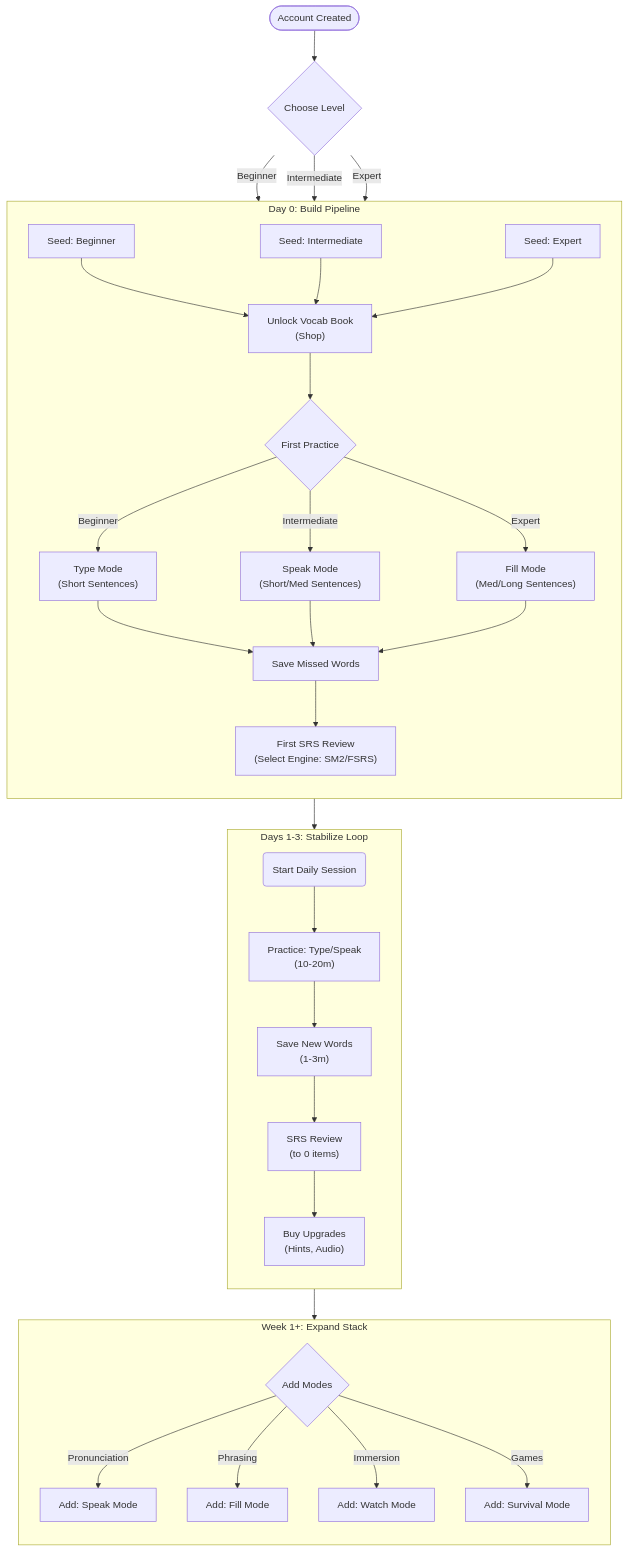
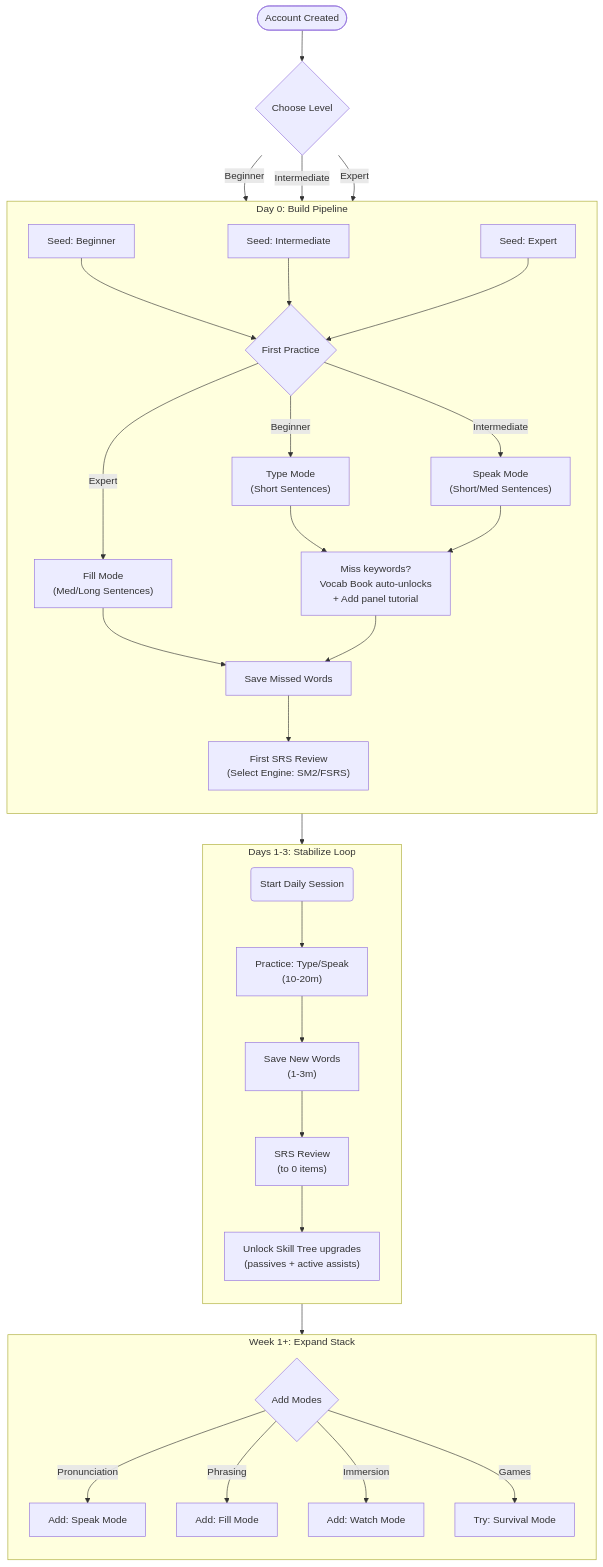
The diagram in docs/specs/new-user-workflow.md (huathanhnam95-del/demoproject), drawn with Mermaid before and after one commit. The commit also changed other lines of this file and 2330 other files, not shown here.

````diff
--- a/docs/specs/new-user-workflow.md
+++ b/docs/specs/new-user-workflow.md
@@ -66,50 +66,49 @@
 ```mermaid
 flowchart TD
     %% 0. Setup Phase
     Start(["Account Created"]) --> Level{"Choose Level"}
     
     Level -->|Beginner| SeedBeg["Seed: Beginner"]
     Level -->|Intermediate| SeedInt["Seed: Intermediate"]
     Level -->|Expert| SeedExp["Seed: Expert"]
 
     %% 1. Day 0: Build Pipeline
     subgraph Day0 ["Day 0: Build Pipeline"]
         direction TB
         
-        %% Convergence on Unlock
-        SeedBeg & SeedInt & SeedExp --> Unlock["Unlock Vocab Book\n(Shop)"]
-        
-        Unlock --> Practice0{"First Practice"}
+        SeedBeg & SeedInt & SeedExp --> Practice0{"First Practice"}
         
         Practice0 -->|Beginner| P_Type["Type Mode\n(Short Sentences)"]
         Practice0 -->|Intermediate| P_Speak["Speak Mode\n(Short/Med Sentences)"]
         Practice0 -->|Expert| P_Fill["Fill Mode\n(Med/Long Sentences)"]
         
-        P_Type & P_Speak & P_Fill --> Save0["Save Missed Words"]
+        P_Type & P_Speak --> AutoUnlock["Miss keywords?\nVocab Book auto-unlocks\n+ Add panel tutorial"]
+        P_Fill --> Save0["Save Missed Words (optional)"]
+        AutoUnlock --> Save0["Save Missed Words"]
         Save0 --> SRS0["First SRS Review\n(Select Engine: SM2/FSRS)"]
     end
 
     %% 2. Days 1-3: Stabilize
     subgraph Day1_3 ["Days 1-3: Stabilize Loop"]
         direction TB
         dailyStart("Start Daily Session")
         
         SRS0 --> dailyStart
         
         dailyStart --> dailyPrac["Practice: Type/Speak\n(10-20m)"]
         dailyPrac --> dailySave["Save New Words\n(1-3m)"]
         dailySave --> dailySRS["SRS Review\n(to 0 items)"]
-        dailySRS --> dailyShop["Buy Upgrades\n(Hints, Audio)"]
+        dailySRS --> dailySkillTree["Unlock Skill Tree upgrades\n(passives + active assists)"]
     end
 
     %% 3. Week 1+: Expand
     subgraph Week1 ["Week 1+: Expand Stack"]
         direction TB
-        dailyShop --> Expand{"Add Modes"}
+        dailySkillTree --> Expand{"Add Modes"}
         
         Expand -->|Pronunciation| AddSpeak["Add: Speak Mode"]
         Expand -->|Phrasing| AddFill["Add: Fill Mode"]
         Expand -->|Immersion| AddWatch["Add: Watch Mode"]
-        Expand -->|Games| AddSurv["Add: Survival Mode"]
+        Expand -->|Games| AddSurv["Try: Survival Mode"]
     end
 ```
````
